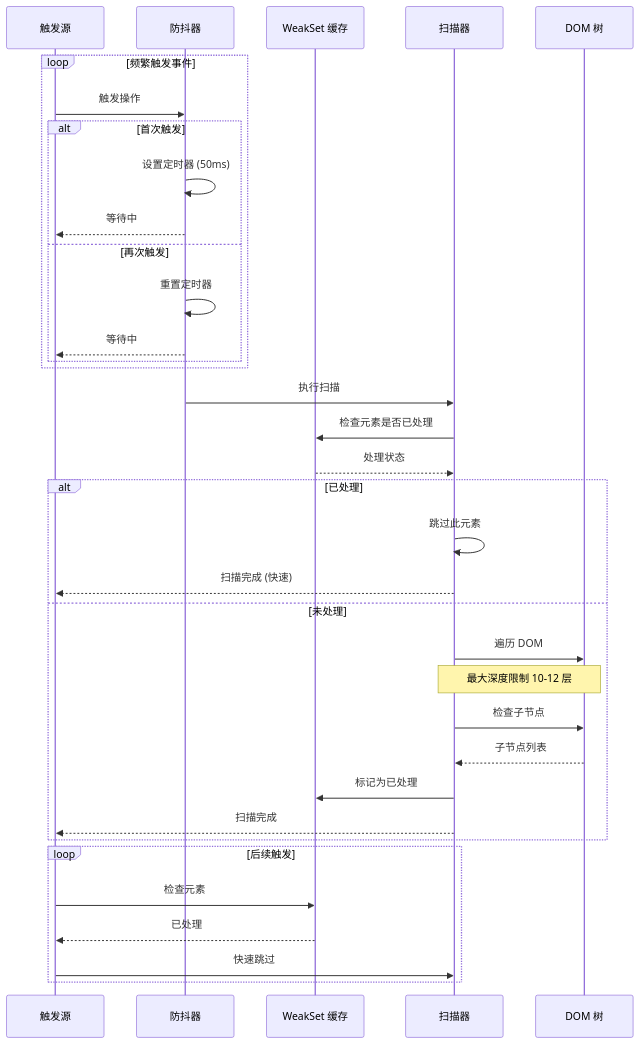
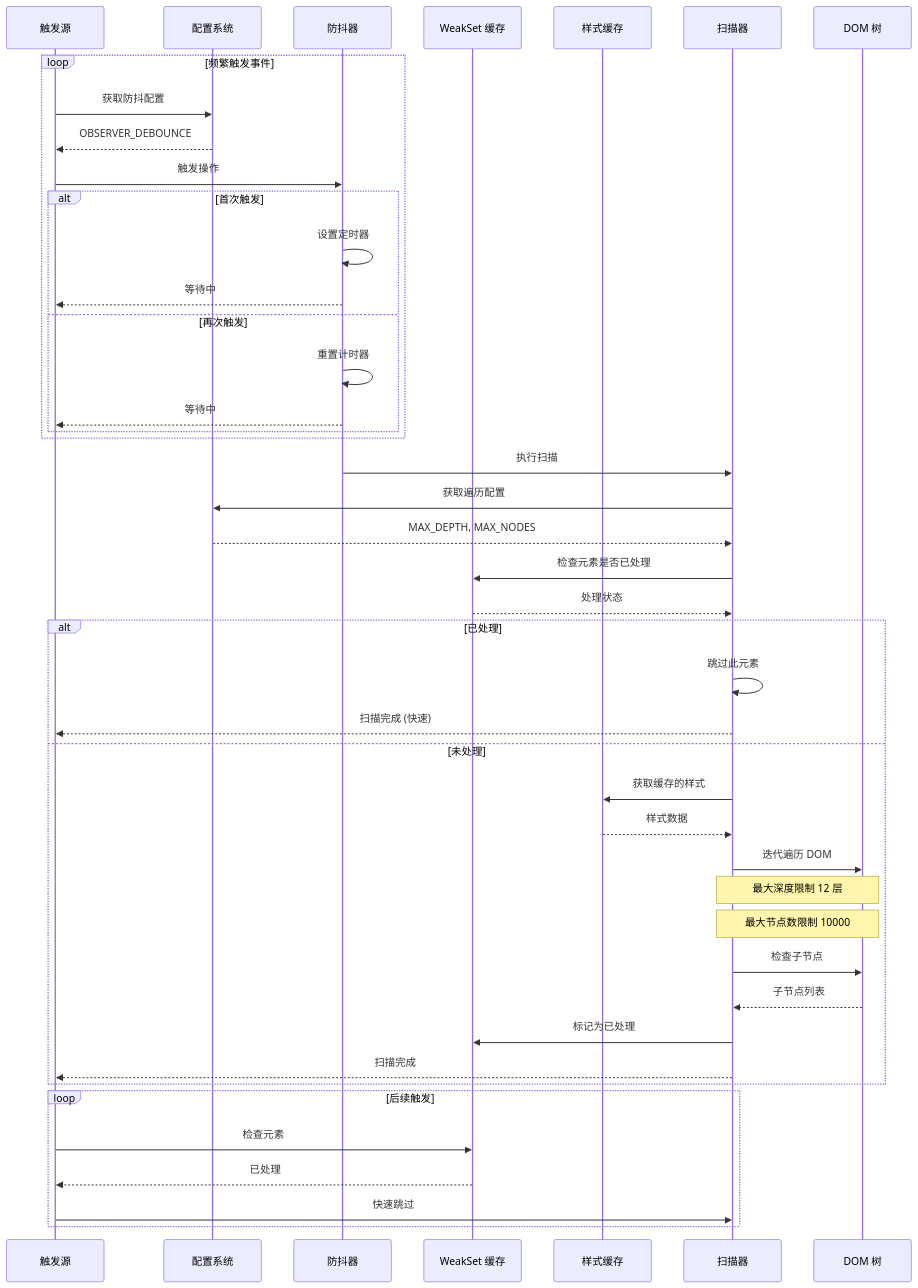
One commit to wang93wei/Xiaomi-MiMo-Studio-Watermark-Remover changed the eighth of 11 diagrams in SEQUENCE_DIAGRAMS.md. Above: the diagram before and after it, drawn with Mermaid. The commit also changed other lines of this file, not shown here.

First line of the commit message:
更新时序图文档到 v1.3.5

````diff
--- a/SEQUENCE_DIAGRAMS.md
+++ b/SEQUENCE_DIAGRAMS.md
@@ -345,45 +452,57 @@
 ```mermaid
 sequenceDiagram
     participant Trigger as 触发源
+    participant Config as 配置系统
     participant Debounce as 防抖器
-    participant Cache as WeakSet 缓存
+    participant ProcessedCache as WeakSet 缓存
+    participant StyleCache as 样式缓存
     participant Scanner as 扫描器
     participant DOM as DOM 树
 
     loop 频繁触发事件
+        Trigger->>Config: 获取防抖配置
+        Config-->>Trigger: OBSERVER_DEBOUNCE
+
         Trigger->>Debounce: 触发操作
-        
+
         alt 首次触发
-            Debounce->>Debounce: 设置定时器 (50ms)
+            Debounce->>Debounce: 设置定时器
             Debounce-->>Trigger: 等待中
         else 再次触发
-            Debounce->>Debounce: 重置定时器
+            Debounce->>Debounce: 重置计时器
             Debounce-->>Trigger: 等待中
         end
     end
-    
+
     Debounce->>Scanner: 执行扫描
-    Scanner->>Cache: 检查元素是否已处理
-    Cache-->>Scanner: 处理状态
-    
+    Scanner->>Config: 获取遍历配置
+    Config-->>Scanner: MAX_DEPTH, MAX_NODES
+
+    Scanner->>ProcessedCache: 检查元素是否已处理
+    ProcessedCache-->>Scanner: 处理状态
+
     alt 已处理
         Scanner->>Scanner: 跳过此元素
         Scanner-->>Trigger: 扫描完成 (快速)
     else 未处理
-        Scanner->>DOM: 遍历 DOM
-        
-        Note over Scanner,DOM: 最大深度限制 10-12 层
-        
+        Scanner->>StyleCache: 获取缓存的样式
+        StyleCache-->>Scanner: 样式数据
+
+        Scanner->>DOM: 迭代遍历 DOM
+
+        Note over Scanner,DOM: 最大深度限制 12 层
+        Note over Scanner,DOM: 最大节点数限制 10000
+
         Scanner->>DOM: 检查子节点
         DOM-->>Scanner: 子节点列表
-        
-        Scanner->>Cache: 标记为已处理
+
+        Scanner->>ProcessedCache: 标记为已处理
         Scanner-->>Trigger: 扫描完成
     end
-    
+
     loop 后续触发
-        Trigger->>Cache: 检查元素
-        Cache-->>Trigger: 已处理
+        Trigger->>ProcessedCache: 检查元素
+        ProcessedCache-->>Trigger: 已处理
         Trigger->>Scanner: 快速跳过
     end
 ```
````
